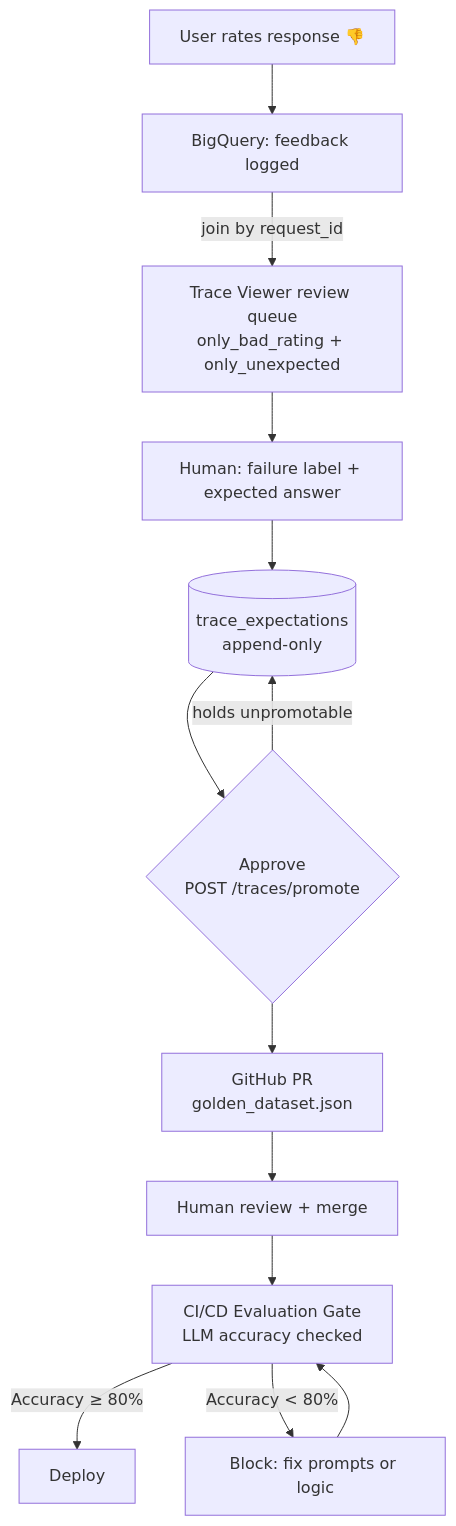
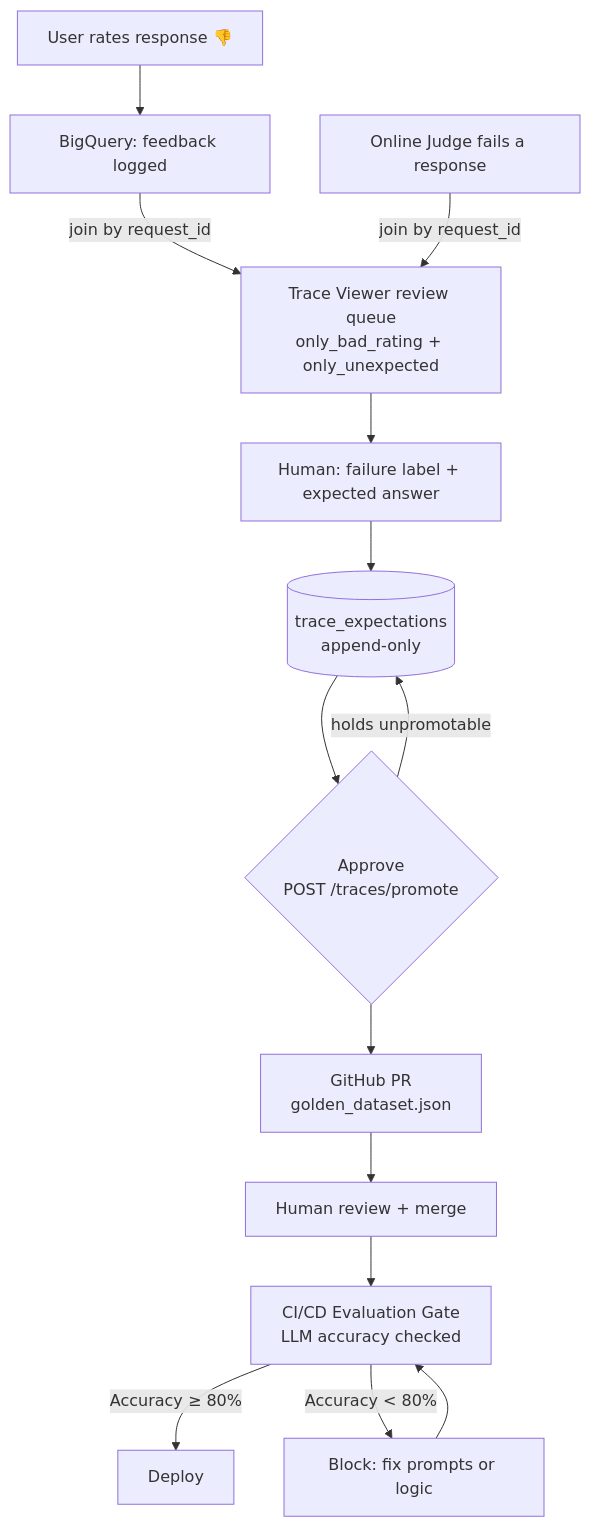
The third of 5 diagrams in README_architecture.md (takeshimx/diamond-lens), drawn with Mermaid before and after one commit. The commit also changed other lines of this file and 4 other files, not shown here.

Commit message:
docs: document per-path judge criteria, DML writes, and judge review flow

````diff
--- a/README_architecture.md
+++ b/README_architecture.md
@@ -551,15 +552,16 @@
 ```mermaid
 graph TD
     A[User rates response 👎] --> B[BigQuery: feedback logged]
     B -->|join by request_id| C[Trace Viewer review queue<br/>only_bad_rating + only_unexpected]
+    OJ[Online Judge fails a response] -->|join by request_id| C
     C --> D[Human: failure label + expected answer]
     D --> E[(trace_expectations<br/>append-only)]
     E --> F{Approve<br/>POST /traces/promote}
     F -->|holds unpromotable| E
     F --> G[GitHub PR<br/>golden_dataset.json]
     G --> H[Human review + merge]
     H --> I[CI/CD Evaluation Gate<br/>LLM accuracy checked]
     I -->|Accuracy ≥ 80%| J[Deploy]
     I -->|Accuracy < 80%| K[Block: fix prompts or logic]
     K --> I
 ```
````
